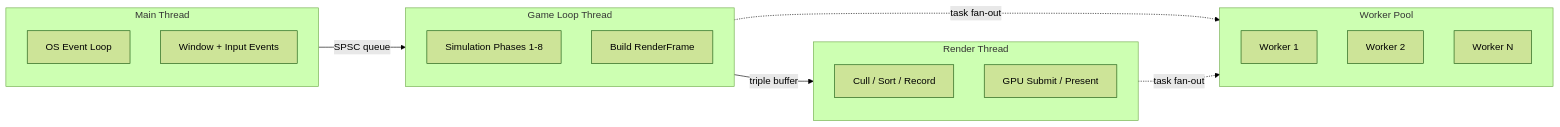
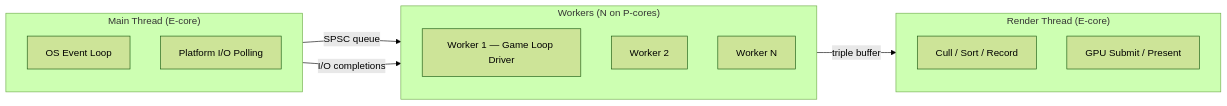
One commit to harmonius-dev/harmonius changed the first of 8 diagrams in docs/design/core-runtime/game-loop.md. Above: the diagram before and after it, drawn with Mermaid (forest theme). The commit also changed other lines of this file and 174 other files, not shown here.

````diff
--- a/docs/design/core-runtime/game-loop.md
+++ b/docs/design/core-runtime/game-loop.md
@@ -51,28 +51,22 @@
 ```mermaid
 flowchart LR
-    subgraph MT["Main Thread"]
+    subgraph MT["Main Thread (E-core)"]
         ME[OS Event Loop]
-        MI[Window + Input Events]
+        MI[Platform I/O Polling]
     end
 
-    subgraph GLT["Game Loop Thread"]
-        GL[Simulation Phases 1-8]
-        RF[Build RenderFrame]
+    subgraph WT["Workers (N on P-cores)"]
+        W1[Worker 1 — Game Loop Driver]
+        W2[Worker 2]
+        WN[Worker N]
     end
 
-    subgraph RT["Render Thread"]
+    subgraph RT["Render Thread (E-core)"]
         RC[Cull / Sort / Record]
         RS[GPU Submit / Present]
     end
 
-    subgraph WT["Worker Pool"]
-        W1[Worker 1]
-        W2[Worker 2]
-        WN[Worker N]
-    end
-
-    MT -->|"SPSC queue"| GLT
-    GLT -->|"triple buffer"| RT
-    GLT -.->|"task fan-out"| WT
-    RT -.->|"task fan-out"| WT
+    MT -->|"SPSC queue"| WT
+    MT -->|"I/O completions"| WT
+    WT -->|"triple buffer"| RT
 ```
````
